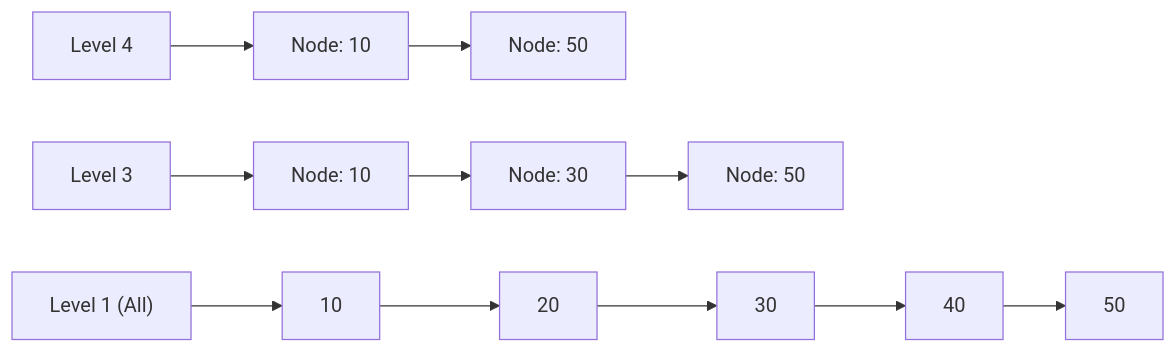
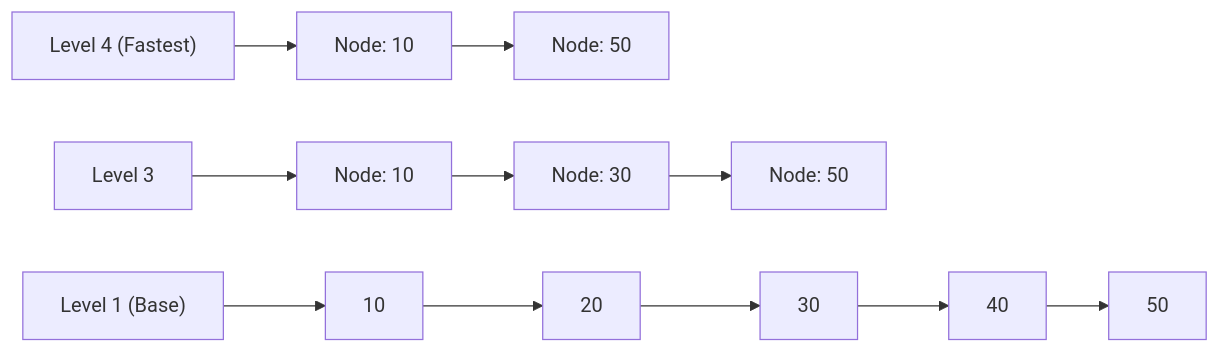
Before and after one commit to fazleyrabby/backend-engineering-mastery: the diagram in database-deep-dives/03_redis_structures_locks.md, drawn with Mermaid. The commit also changed other lines of this file and 15 other files, not shown here.

````diff
--- a/database-deep-dives/03_redis_structures_locks.md
+++ b/database-deep-dives/03_redis_structures_locks.md
@@ -21,6 +18,6 @@
 ```mermaid
 graph LR
-    L4["Level 4"] --> L4_10["Node: 10"] --> L4_50["Node: 50"]
+    L4["Level 4 (Fastest)"] --> L4_10["Node: 10"] --> L4_50["Node: 50"]
     L3["Level 3"] --> L3_10["Node: 10"] --> L3_30["Node: 30"] --> L3_50["Node: 50"]
-    L1["Level 1 (All)"] --> N10["10"] --> N20["20"] --> N30["30"] --> N40["40"] --> N50["50"]
+    L1["Level 1 (Base)"] --> N10["10"] --> N20["20"] --> N30["30"] --> N40["40"] --> N50["50"]
 ```
````
